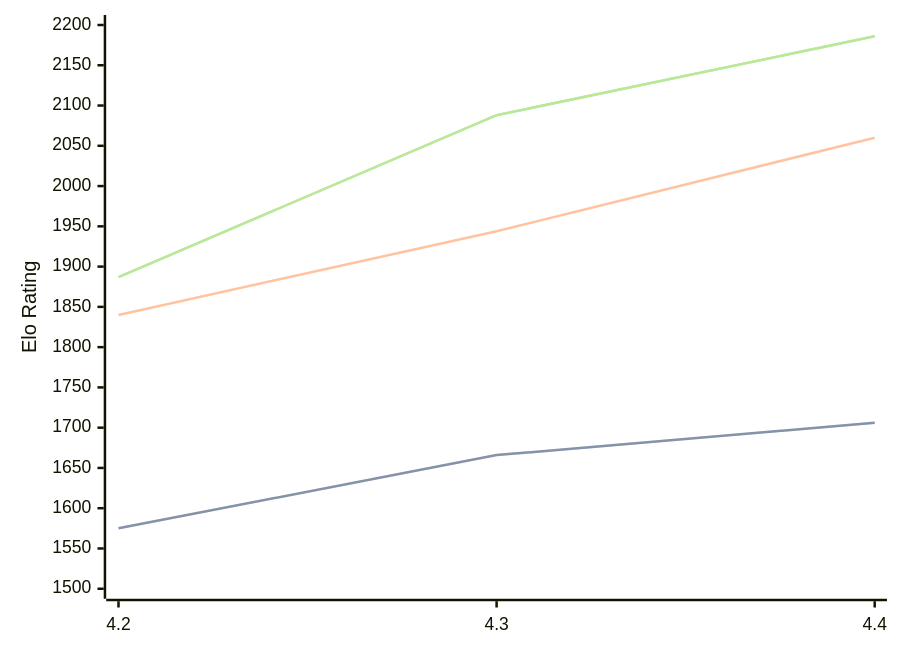
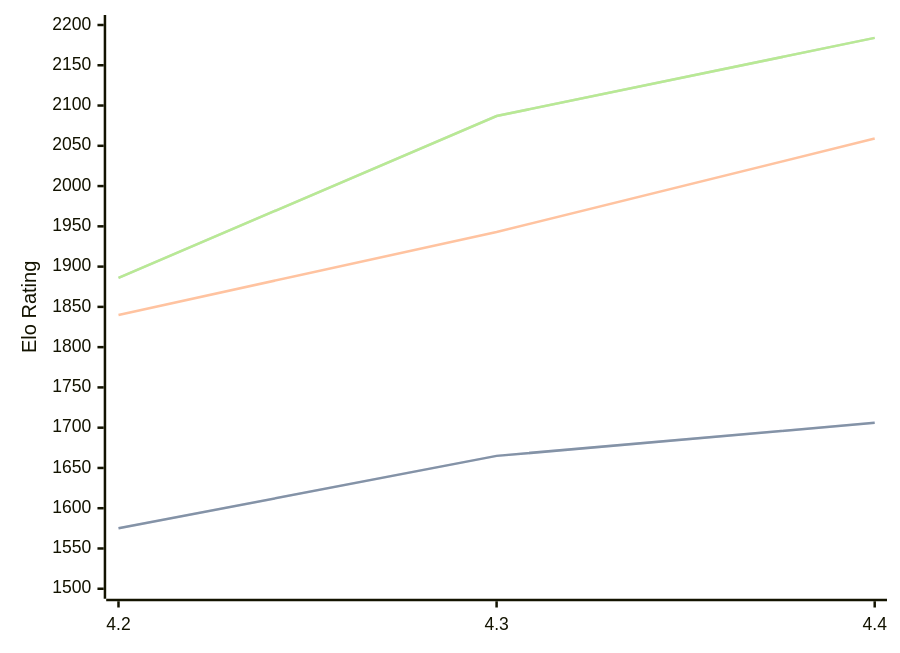
One commit to computer-chess-index/cci changed the diagram in engines/Radiance.md. Above: the diagram before and after it, drawn with Mermaid. The commit also changed other lines of this file, not shown here.

Commit message:
Update CCI Ratings (ELO VLTC) - 2026-08-12

````diff
--- a/engines/Radiance.md
+++ b/engines/Radiance.md
@@ -33,11 +33,11 @@
 ```mermaid
 %%{init: {"theme":"base","themeVariables":{"seriesColors:['#a3a3a3','#222221','#faa371']}}}%%
 xychart-beta
   x-axis ["4.2", "4.3", "4.4"]
   y-axis "Elo Rating" 1500 --> 2200
-  line "STC (8.0+0.08s)" [1575, 1666, 1706]
-  line "STC (8.0+0.08s)" [1575, 1666, 1706]
-  line "LTC (60.0+0.60s)" [1840, 1944, 2060]
-  line "VLTC (2m24s+1.12s)" [1887, 2088, 2186]
-  line "VLTC (2m24s+1.12s)" [1887, 2088, 2186]
+  line "STC (8.0+0.08s)" [1575, 1665, 1706]
+  line "STC (8.0+0.08s)" [1575, 1665, 1706]
+  line "LTC (60.0+0.60s)" [1840, 1943, 2059]
+  line "VLTC (2m24s+1.12s)" [1886, 2087, 2184]
+  line "VLTC (2m24s+1.12s)" [1886, 2087, 2184]
 ```
````
